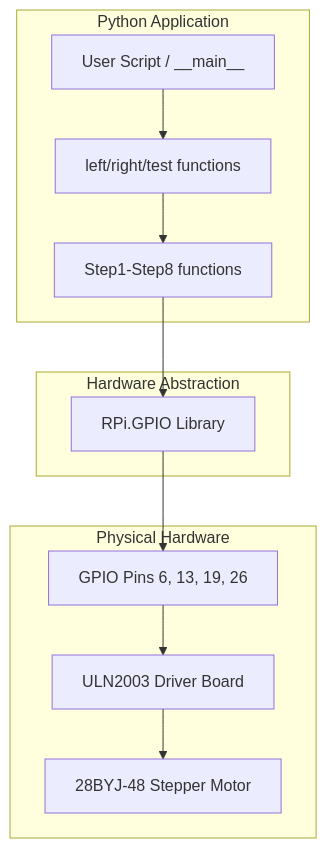
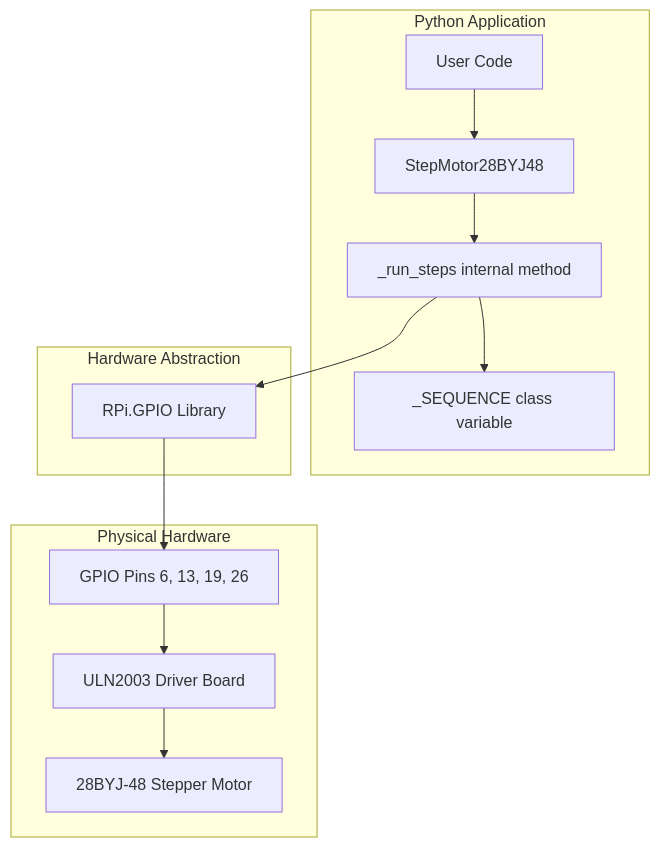
Before and after one commit to frankenwino/step_motor_28byj_48: the first of 3 diagrams in .agents/summary/architecture.md, drawn with Mermaid. The commit also changed other lines of this file and 8 other files, not shown here.

First line of the commit message:
Refactor step_motor_28byj_48 documentation and code structure

````diff
--- a/.agents/summary/architecture.md
+++ b/.agents/summary/architecture.md
@@ -17,15 +17,16 @@
 ```mermaid
 graph TB
     subgraph "Python Application"
-        A[User Script / __main__] --> B[left/right/test functions]
-        B --> C[Step1-Step8 functions]
+        A[User Code] --> B[StepMotor28BYJ48]
+        B --> C[_run_steps internal method]
+        C --> D[_SEQUENCE class variable]
     end
     subgraph "Hardware Abstraction"
-        C --> D[RPi.GPIO Library]
+        C --> E[RPi.GPIO Library]
     end
     subgraph "Physical Hardware"
-        D --> E[GPIO Pins 6, 13, 19, 26]
-        E --> F[ULN2003 Driver Board]
-        F --> G[28BYJ-48 Stepper Motor]
+        E --> F[GPIO Pins 6, 13, 19, 26]
+        F --> G[ULN2003 Driver Board]
+        G --> H[28BYJ-48 Stepper Motor]
     end
 ```
````
